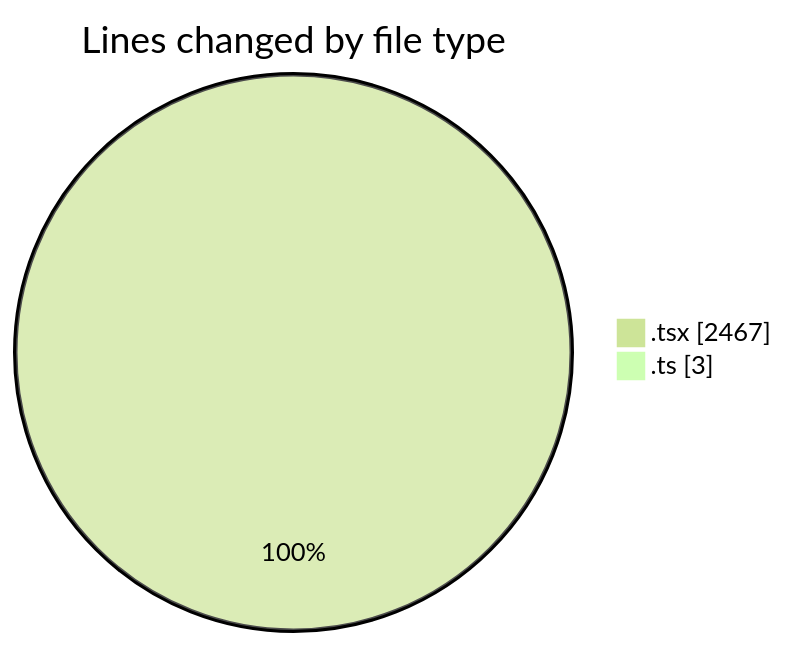
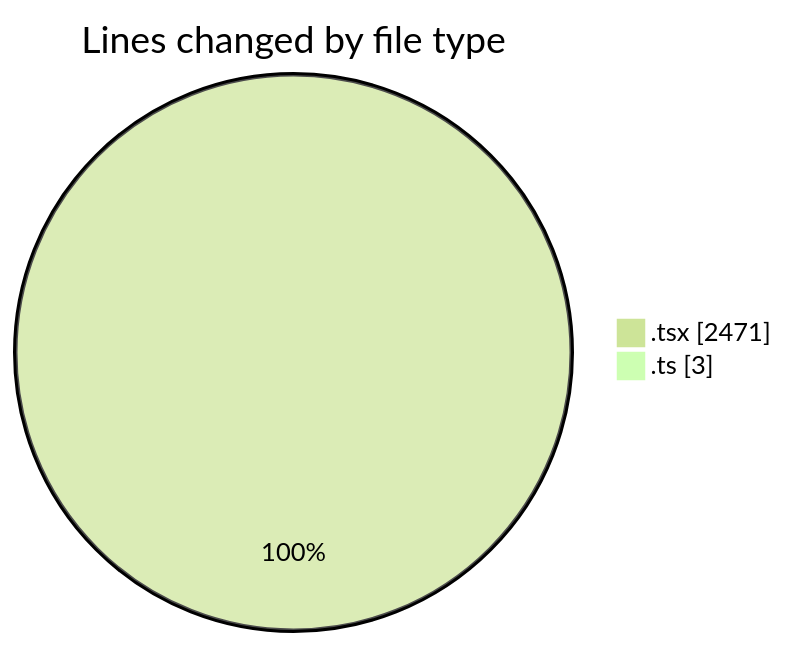
Before and after one commit to momahboobian/code-tracking: the first of 2 diagrams in 2025-02-12/cda/README.md, drawn with Mermaid (forest theme). The commit also changed other lines of this file and 1 other file, not shown here.

````diff
--- a/2025-02-12/cda/README.md
+++ b/2025-02-12/cda/README.md
@@ -23,6 +23,6 @@
 ```mermaid
 pie showData
 title Lines changed by file type
-".tsx" : 2467
+".tsx" : 2471
 ".ts" : 3
 ```
````
